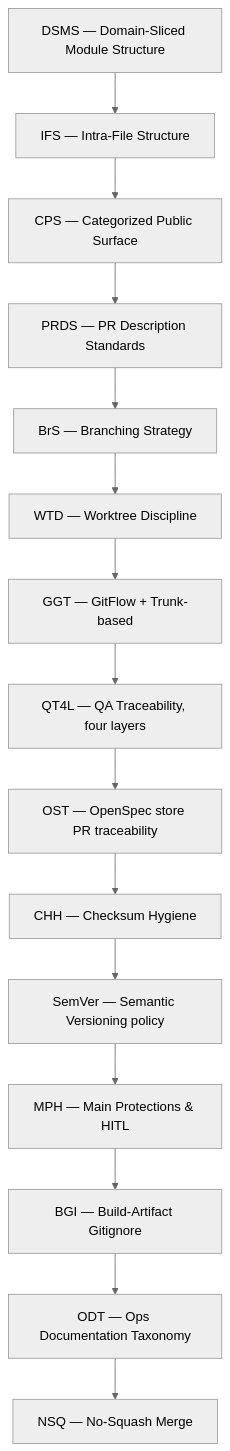
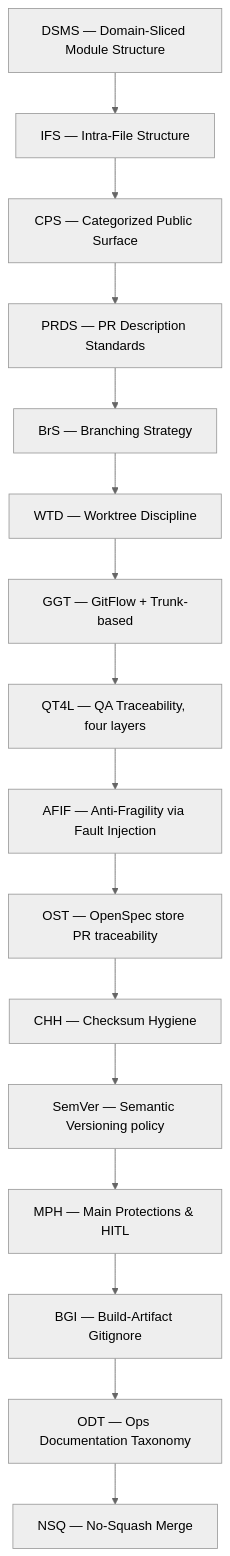
Before and after one commit to chimeranext/better-toolkits: the diagram in shared/references/engineering-standards/README.md, drawn with Mermaid (neutral theme). The commit also changed other lines of this file, not shown here.

Commit message:
docs(engineering-standards): index numbered/ordered by adoption (16)

````diff
--- a/shared/references/engineering-standards/README.md
+++ b/shared/references/engineering-standards/README.md
@@ -35,11 +35,34 @@
 ```mermaid
 flowchart TD
-    A[DSMS — Domain-Sliced Module Structure] --> B[IFS — Intra-File Structure]
-    B --> C[CPS — Categorized Public Surface] --> D[PRDS — PR Description Standards]
-    D --> E[BrS — Branching Strategy] --> F[WTD — Worktree Discipline]
-    F --> G[GGT — GitFlow + Trunk-based] --> H[QT4L — QA Traceability, four layers]
-    H --> I[OST — OpenSpec store PR traceability] --> J[CHH — Checksum Hygiene]
-    J --> K[SemVer — Semantic Versioning policy] --> L[MPH — Main Protections & HITL]
-    L --> M[BGI — Build-Artifact Gitignore] --> N[ODT — Ops Documentation Taxonomy]
-    N --> O[NSQ — No-Squash Merge]
+    S0[DSMS — Domain-Sliced Module Structure]
+    S1[IFS — Intra-File Structure]
+    S2[CPS — Categorized Public Surface]
+    S3[PRDS — PR Description Standards]
+    S4[BrS — Branching Strategy]
+    S5[WTD — Worktree Discipline]
+    S6[GGT — GitFlow + Trunk-based]
+    S7[QT4L — QA Traceability, four layers]
+    S8[AFIF — Anti-Fragility via Fault Injection]
+    S9[OST — OpenSpec store PR traceability]
+    S10[CHH — Checksum Hygiene]
+    S11[SemVer — Semantic Versioning policy]
+    S12[MPH — Main Protections & HITL]
+    S13[BGI — Build-Artifact Gitignore]
+    S14[ODT — Ops Documentation Taxonomy]
+    S15[NSQ — No-Squash Merge]
+    S0 --> S1
+    S1 --> S2
+    S2 --> S3
+    S3 --> S4
+    S4 --> S5
+    S5 --> S6
+    S6 --> S7
+    S7 --> S8
+    S8 --> S9
+    S9 --> S10
+    S10 --> S11
+    S11 --> S12
+    S12 --> S13
+    S13 --> S14
+    S14 --> S15
 ```
````
